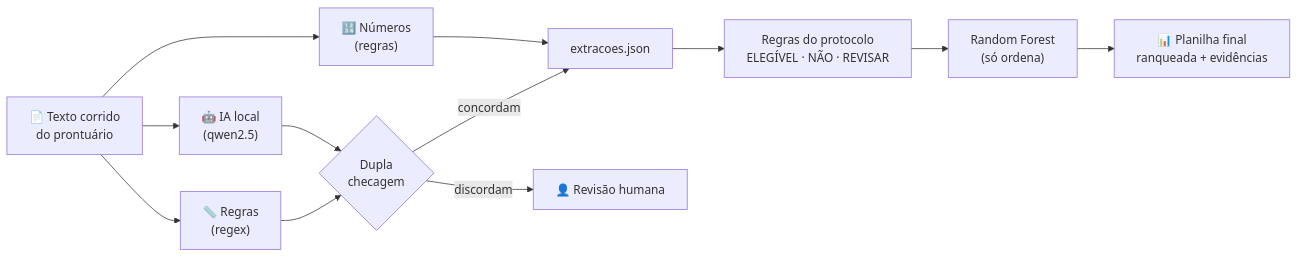
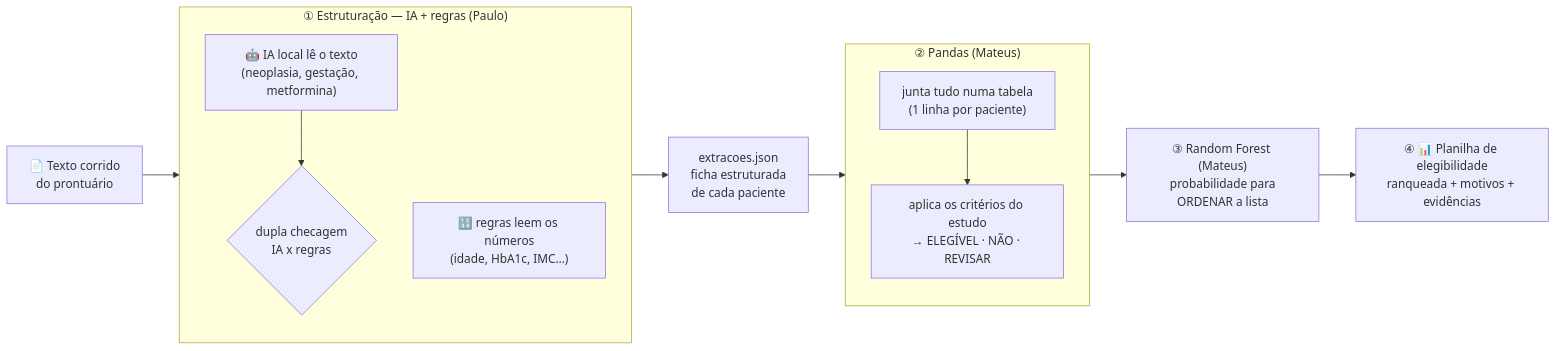
One commit to mateusbasilio53-cmd/clinia changed the diagram in README.md. Above: the diagram before and after it, drawn with Mermaid. The commit also changed other lines of this file and 3 other files, not shown here.

First line of the commit message:
docs: deixa explícita a etapa do Pandas (juntar a tabela e aplicar os critérios)

````diff
--- a/README.md
+++ b/README.md
@@ -60,14 +62,25 @@
 ```mermaid
 flowchart LR
-    T["📄 Texto corrido<br/>do prontuário"] --> N["🔢 Números<br/>(regras)"]
-    T --> IA["🤖 IA local<br/>(qwen2.5)"]
-    T --> R["📏 Regras<br/>(regex)"]
-    IA --> D{"Dupla<br/>checagem"}
-    R --> D
-    N --> J["extracoes.json"]
-    D -->|concordam| J
-    D -->|discordam| REV["👤 Revisão humana"]
-    J --> P["Regras do protocolo<br/>ELEGÍVEL · NÃO · REVISAR"]
-    P --> RF["Random Forest<br/>(só ordena)"]
-    RF --> S["📊 Planilha final<br/>ranqueada + evidências"]
+    T["📄 Texto corrido<br/>do prontuário"] --> E
+
+    subgraph E["① Estruturação — IA + regras (Paulo)"]
+        direction TB
+        IA["🤖 IA local lê o texto<br/>(neoplasia, gestação, metformina)"]
+        N["🔢 regras leem os números<br/>(idade, HbA1c, IMC…)"]
+        DC{"dupla checagem<br/>IA x regras"}
+        IA --> DC
+    end
+
+    E --> J["extracoes.json<br/>ficha estruturada<br/>de cada paciente"]
+
+    subgraph P["② Pandas (Mateus)"]
+        direction TB
+        P1["junta tudo numa tabela<br/>(1 linha por paciente)"]
+        P2["aplica os critérios do estudo<br/>→ ELEGÍVEL · NÃO · REVISAR"]
+        P1 --> P2
+    end
+
+    J --> P
+    P --> RF["③ Random Forest (Mateus)<br/>probabilidade para<br/>ORDENAR a lista"]
+    RF --> S["④ 📊 Planilha de elegibilidade<br/>ranqueada + motivos + evidências"]
 ```
````
